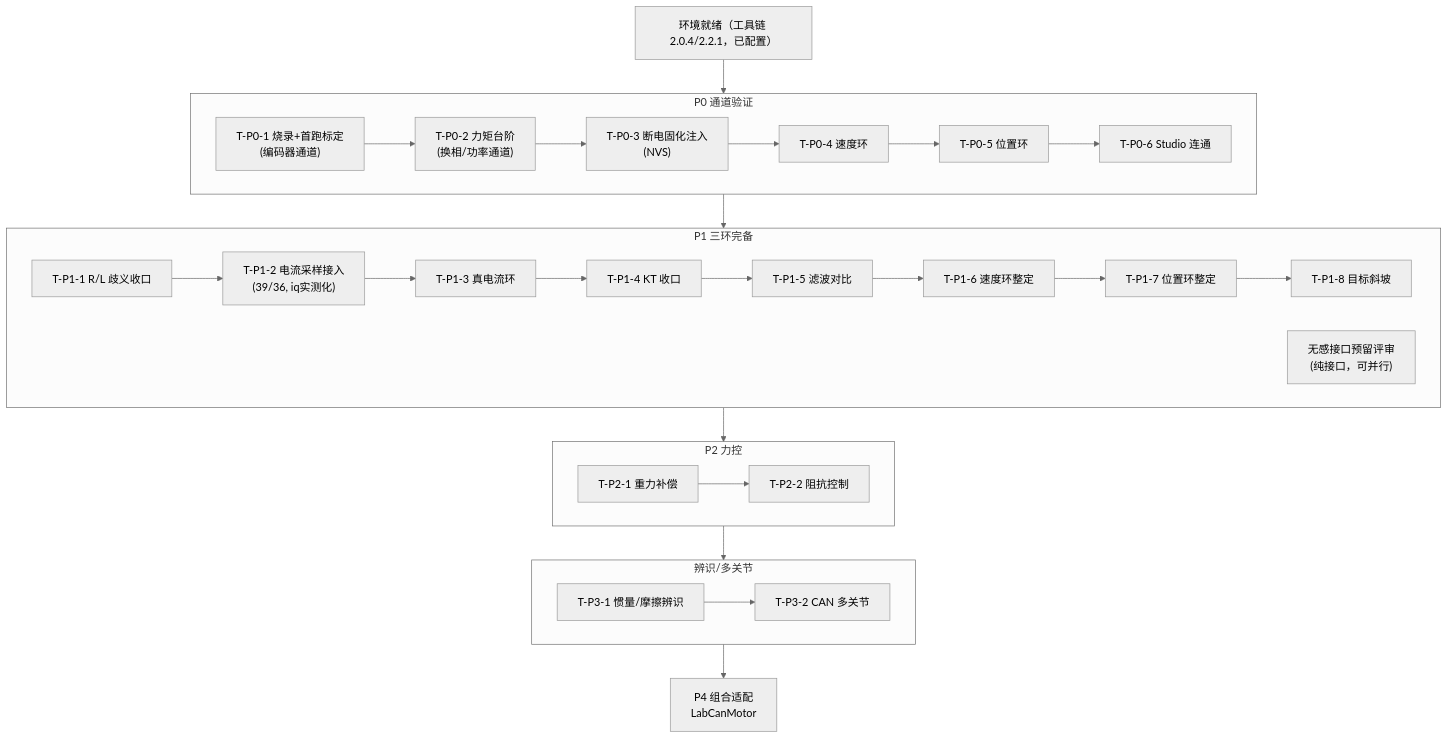
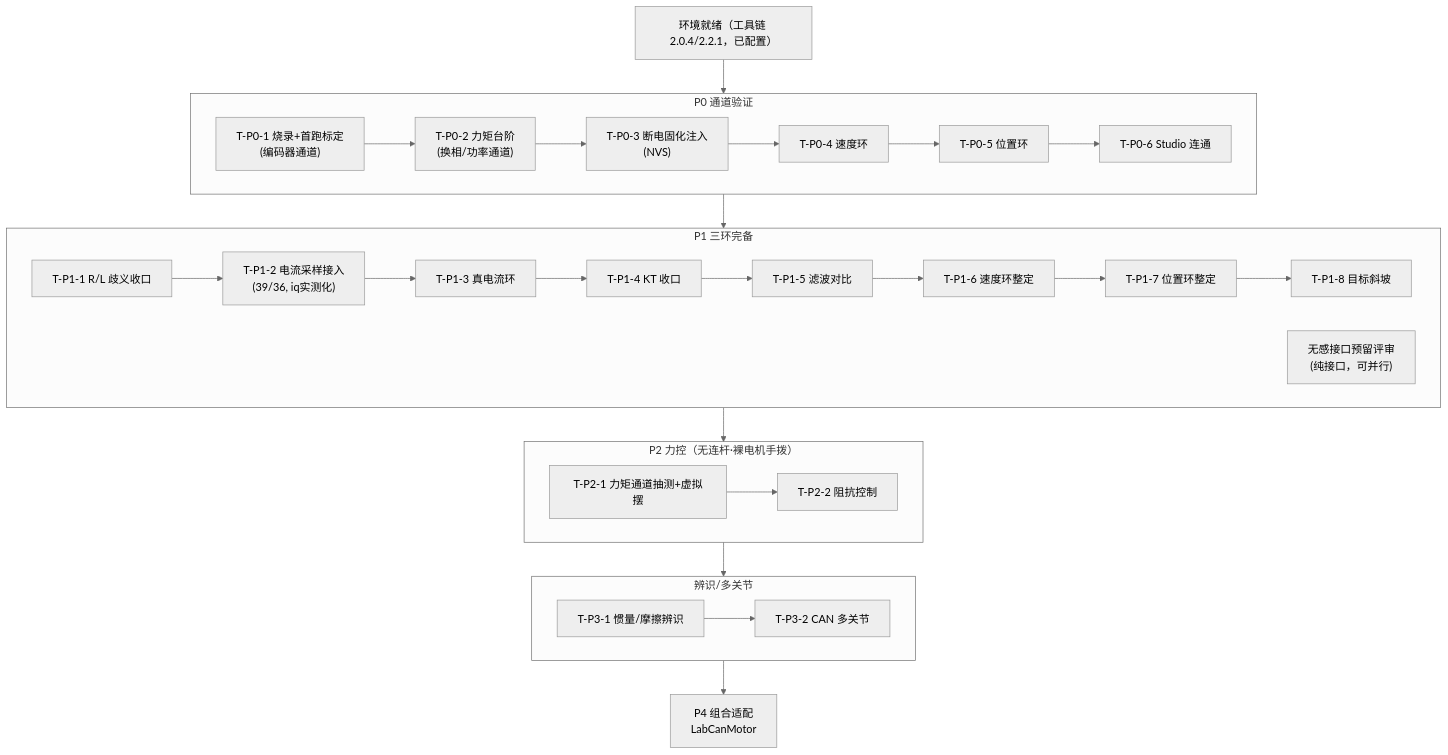
One commit to geziang/FOC_suanfa changed the diagram in docs/03_规格与计划/测试流程与顺序.md. Above: the diagram before and after it, drawn with Mermaid (neutral theme). The commit also changed other lines of this file and 6 other files, not shown here.

````diff
--- a/docs/03_规格与计划/测试流程与顺序.md
+++ b/docs/03_规格与计划/测试流程与顺序.md
@@ -21,28 +21,28 @@
 ```mermaid
 flowchart TD
   ENV["环境就绪（工具链 2.0.4/2.2.1，已配置）"] --> P0
   subgraph P0["P0 通道验证"]
     A1["T-P0-1 烧录+首跑标定<br/>(编码器通道)"] --> A2["T-P0-2 力矩台阶<br/>(换相/功率通道)"]
     A2 --> A3["T-P0-3 断电固化注入<br/>(NVS)"]
     A3 --> A4["T-P0-4 速度环"]
     A4 --> A5["T-P0-5 位置环"]
     A5 --> A6["T-P0-6 Studio 连通"]
   end
   P0 --> P1
   subgraph P1["P1 三环完备"]
     B1["T-P1-1 R/L 歧义收口"] --> B2["T-P1-2 电流采样接入<br/>(39/36, iq实测化)"]
     B2 --> B3["T-P1-3 真电流环"] --> B4["T-P1-4 KT 收口"]
     B4 --> B5["T-P1-5 滤波对比"] --> B6["T-P1-6 速度环整定"]
     B6 --> B7["T-P1-7 位置环整定"] --> B8["T-P1-8 目标斜坡"]
     B0["无感接口预留评审<br/>(纯接口，可并行)"]
   end
   P1 --> P2
-  subgraph P2["P2 力控"]
-    C1["T-P2-1 重力补偿"] --> C2["T-P2-2 阻抗控制"]
+  subgraph P2["P2 力控（无连杆·裸电机手拨）"]
+    C1["T-P2-1 力矩通道抽测+虚拟摆"] --> C2["T-P2-2 阻抗控制"]
   end
   P2 --> P3
   subgraph P3["辨识/多关节"]
     D1["T-P3-1 惯量/摩擦辨识"] --> D2["T-P3-2 CAN 多关节"]
   end
   P3 --> P4["P4 组合适配<br/>LabCanMotor"]
 ```
````
